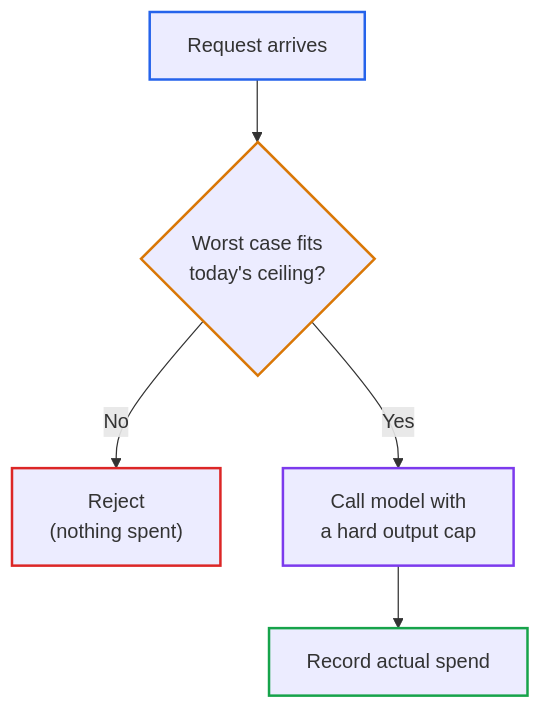
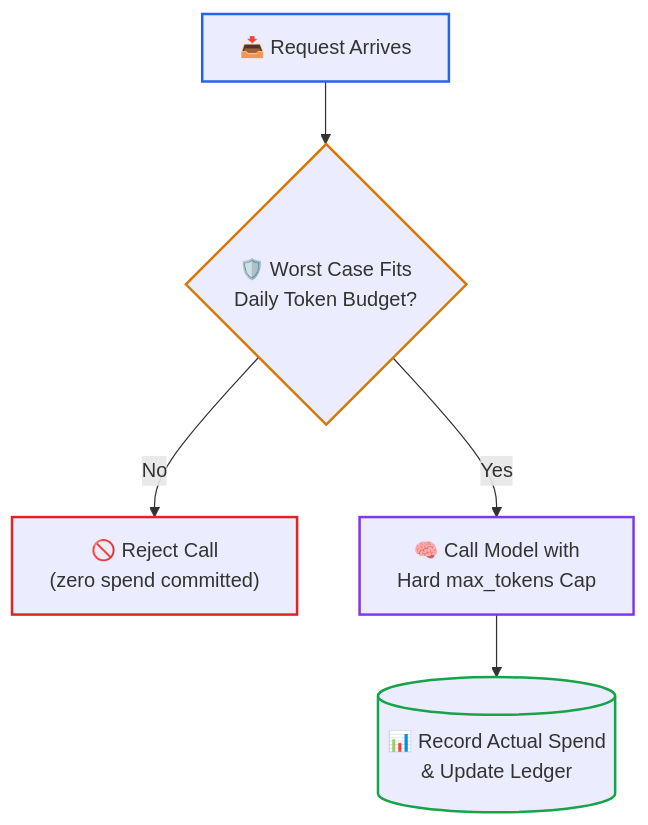
One commit to dip4k/senior-engineer-to-ai-engineer-roadmap changed the third of 3 diagrams in 00-foundations-and-token-mechanics/04-test-time-compute-and-reasoning-models.md. Above: the diagram before and after it, drawn with Mermaid. The commit also changed other lines of this file and 39 other files, not shown here.

First line of the commit message:
feat(curriculum): upgrade mermaid diagrams with unicode icons & codify anti-bloat layout rules

````diff
--- a/00-foundations-and-token-mechanics/04-test-time-compute-and-reasoning-models.md
+++ b/00-foundations-and-token-mechanics/04-test-time-compute-and-reasoning-models.md
@@ -125,13 +126,13 @@
 ```mermaid
 flowchart TD
-    R["Request arrives"] --> W{"Worst case fits<br>today's ceiling?"}
-    W -- "No" --> X["Reject<br>(nothing spent)"]
-    W -- "Yes" --> C["Call model with<br>a hard output cap"]
-    C --> L["Record actual spend"]
+    R["📥 Request Arrives"] --> W{"🛡️ Worst Case Fits<br>Daily Token Budget?"}
+    W -- "No" --> X["🚫 Reject Call<br>(zero spend committed)"]
+    W -- "Yes" --> C["🧠 Call Model with<br>Hard max_tokens Cap"]
+    C --> L[("📊 Record Actual Spend<br>& Update Ledger")]
 
     style R stroke:#2563eb,stroke-width:2px
     style W stroke:#d97706,stroke-width:2px
     style X stroke:#dc2626,stroke-width:2px
     style C stroke:#7c3aed,stroke-width:2px
     style L stroke:#16a34a,stroke-width:2px
 ```
````
